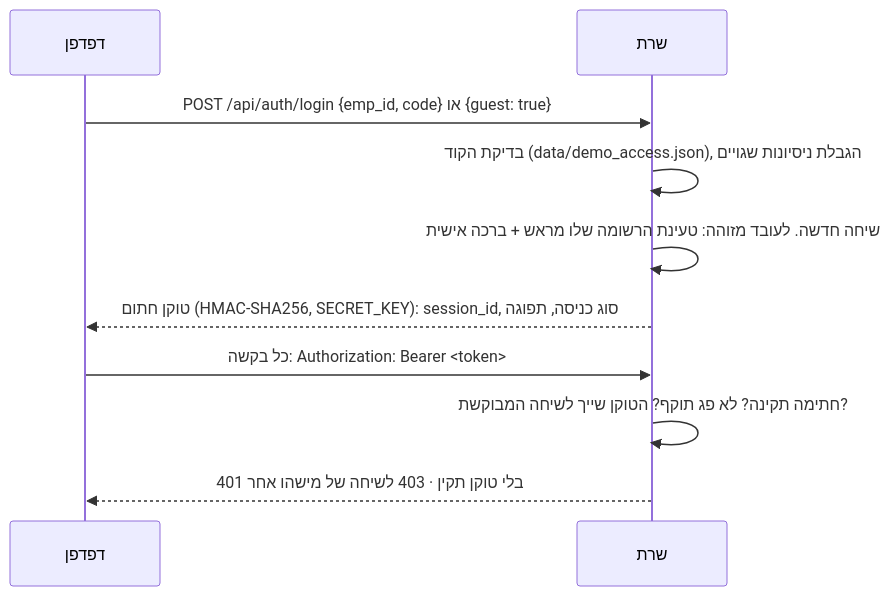
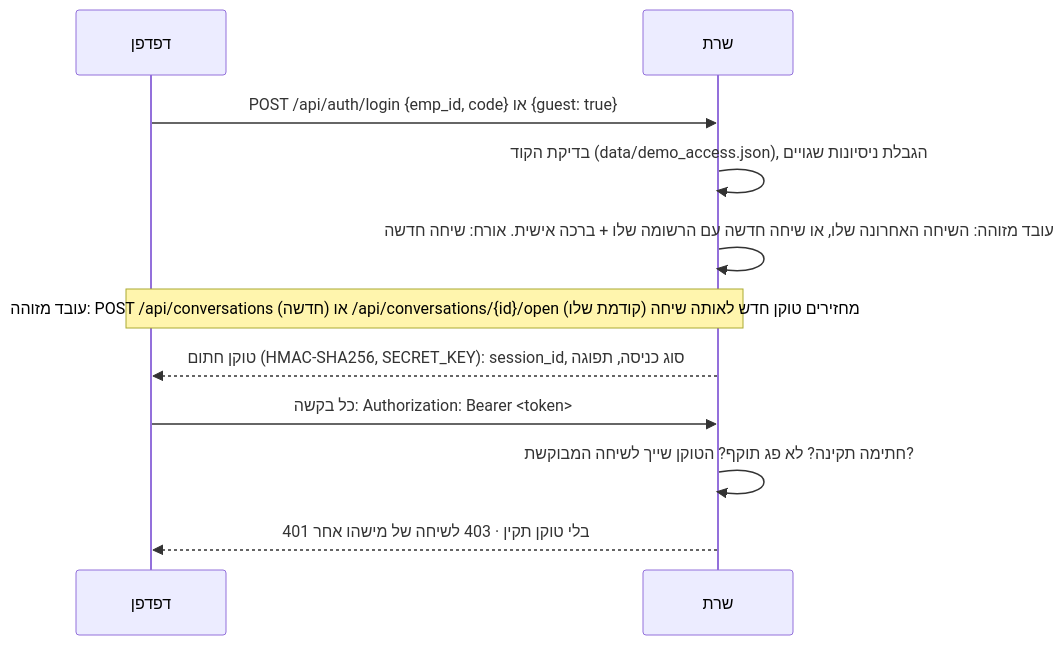
Before and after one commit to shoshis-git/Strauss-Car-Advisor-Hackathon: the fourth of 5 diagrams in docs/ARCHITECTURE.md, drawn with Mermaid. The commit also changed 13 other files, not shown here.

````diff
--- a/docs/ARCHITECTURE.md
+++ b/docs/ARCHITECTURE.md
@@ -131,12 +131,13 @@
 ```mermaid
 sequenceDiagram
     participant B as דפדפן
     participant S as שרת
     B->>S: POST /api/auth/login {emp_id, code} או {guest: true}
     S->>S: בדיקת הקוד (data/demo_access.json), הגבלת ניסיונות שגויים
-    S->>S: שיחה חדשה. לעובד מזוהה: טעינת הרשומה שלו מראש + ברכה אישית
+    S->>S: עובד מזוהה: השיחה האחרונה שלו, או שיחה חדשה עם הרשומה שלו + ברכה אישית. אורח: שיחה חדשה
+    Note over B,S: עובד מזוהה: POST /api/conversations (חדשה) או /api/conversations/{id}/open (קודמת שלו) מחזירים טוקן חדש לאותה שיחה
     S-->>B: טוקן חתום (HMAC-SHA256, SECRET_KEY): session_id, סוג כניסה, תפוגה
     B->>S: כל בקשה: Authorization: Bearer <token>
     S->>S: חתימה תקינה? לא פג תוקף? הטוקן שייך לשיחה המבוקשת?
     S-->>B: 401 בלי טוקן תקין · 403 לשיחה של מישהו אחר
 ```
````
